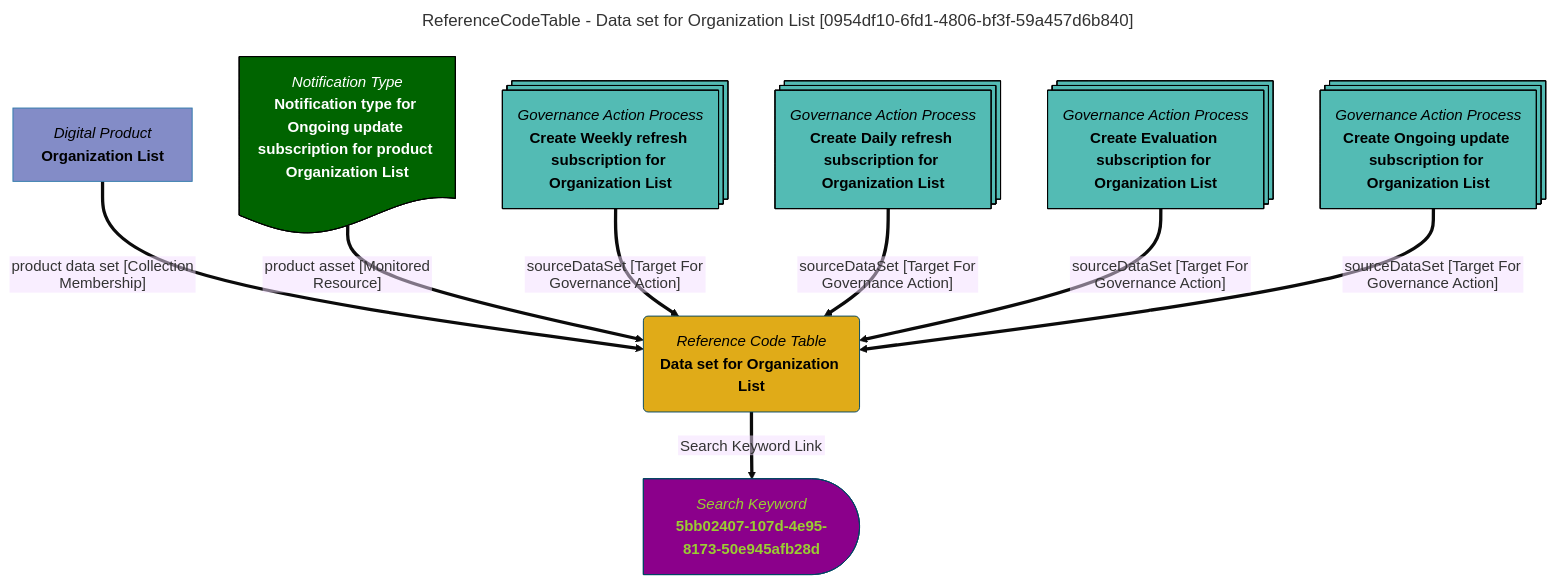
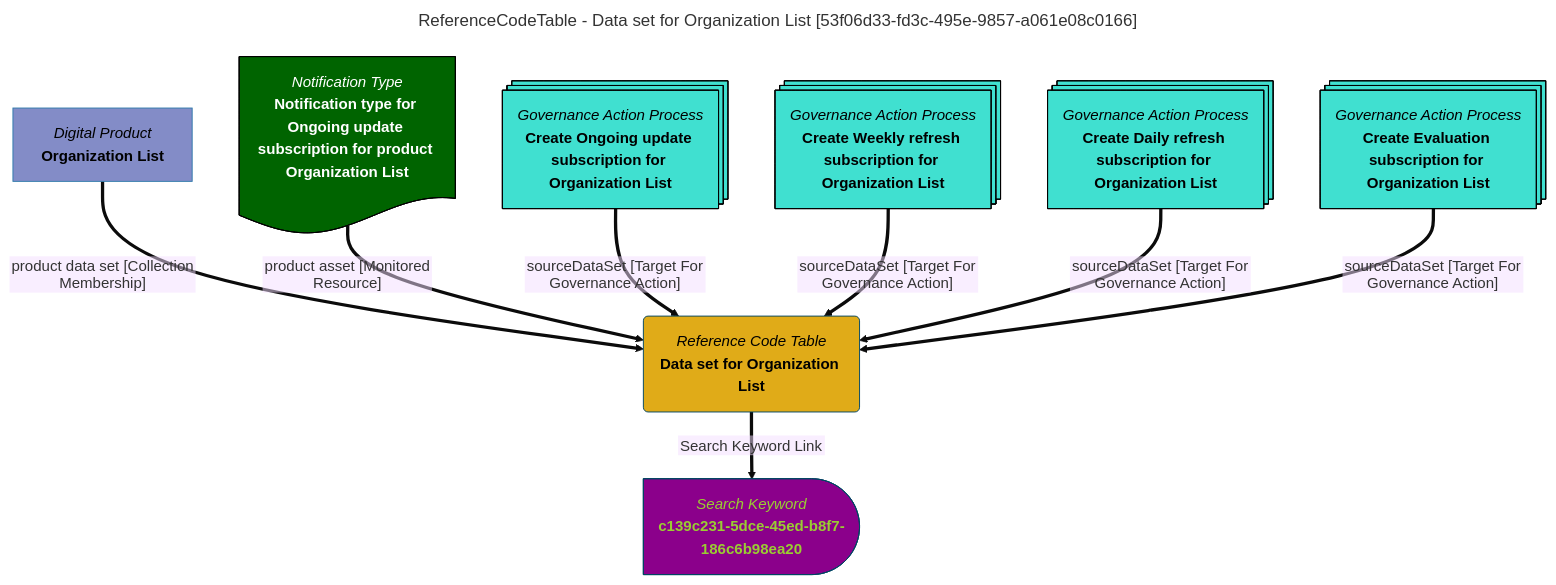
The diagram in site/snippets/data-assets/data-set-for-organization-list-mermaid-graph.md (odpi/egeria-docs), drawn with Mermaid (base theme) before and after one commit. The commit also changed 2201 other files, not shown here.

````diff
--- a/site/snippets/data-assets/data-set-for-organization-list-mermaid-graph.md
+++ b/site/snippets/data-assets/data-set-for-organization-list-mermaid-graph.md
@@ -1,39 +1,39 @@
 ```mermaid
 ---
-title: ReferenceCodeTable - Data set for Organization List [0954df10-6fd1-4806-bf3f-59a457d6b840]
+title: ReferenceCodeTable - Data set for Organization List [53f06d33-fd3c-495e-9857-a061e08c0166]
 ---
 flowchart TD
 %%{init: {"flowchart": {"htmlLabels": false}} }%%
 
 1@{ shape: rounded, label: "*Reference Code Table*
 **Data set for Organization List**"}
 2@{ shape: delay, label: "*Search Keyword*
-**5bb02407-107d-4e95-8173-50e945afb28d**"}
+**c139c231-5dce-45ed-b8f7-186c6b98ea20**"}
 1==>|"Search Keyword Link"|2
 3@{ shape: rect, label: "*Digital Product*
 **Organization List**"}
 3==>|"product data set [Collection Membership]"|1
 4@{ shape: doc, label: "*Notification Type*
 **Notification type for Ongoing update subscription for product Organization List**"}
 4==>|"product asset [Monitored Resource]"|1
 5@{ shape: processes, label: "*Governance Action Process*
-**Create Weekly refresh subscription for Organization List**"}
+**Create Ongoing update subscription for Organization List**"}
 5==>|"sourceDataSet [Target For Governance Action]"|1
 6@{ shape: processes, label: "*Governance Action Process*
-**Create Daily refresh subscription for Organization List**"}
+**Create Weekly refresh subscription for Organization List**"}
 6==>|"sourceDataSet [Target For Governance Action]"|1
 7@{ shape: processes, label: "*Governance Action Process*
-**Create Evaluation subscription for Organization List**"}
+**Create Daily refresh subscription for Organization List**"}
 7==>|"sourceDataSet [Target For Governance Action]"|1
 8@{ shape: processes, label: "*Governance Action Process*
-**Create Ongoing update subscription for Organization List**"}
+**Create Evaluation subscription for Organization List**"}
 8==>|"sourceDataSet [Target For Governance Action]"|1
 style 1 color:#000000, fill:#e0ab18, stroke:#004563
-style 2 color:#9acd32, fill:#8b008b, stroke:#004563
+style 2 color:#9ACD32, fill:#8B008B, stroke:#004563
 style 3 color:#000000, fill:#838cc7, stroke:#3079ab
 style 4 color:#FFFFFF, fill:#006400, stroke:#000000
-style 5 color:#000000, fill:#53bbb4, stroke:#000000
-style 6 color:#000000, fill:#53bbb4, stroke:#000000
-style 7 color:#000000, fill:#53bbb4, stroke:#000000
-style 8 color:#000000, fill:#53bbb4, stroke:#000000
+style 5 color:#000000, fill:#40E0D0, stroke:#000000
+style 6 color:#000000, fill:#40E0D0, stroke:#000000
+style 7 color:#000000, fill:#40E0D0, stroke:#000000
+style 8 color:#000000, fill:#40E0D0, stroke:#000000
 ```
````
